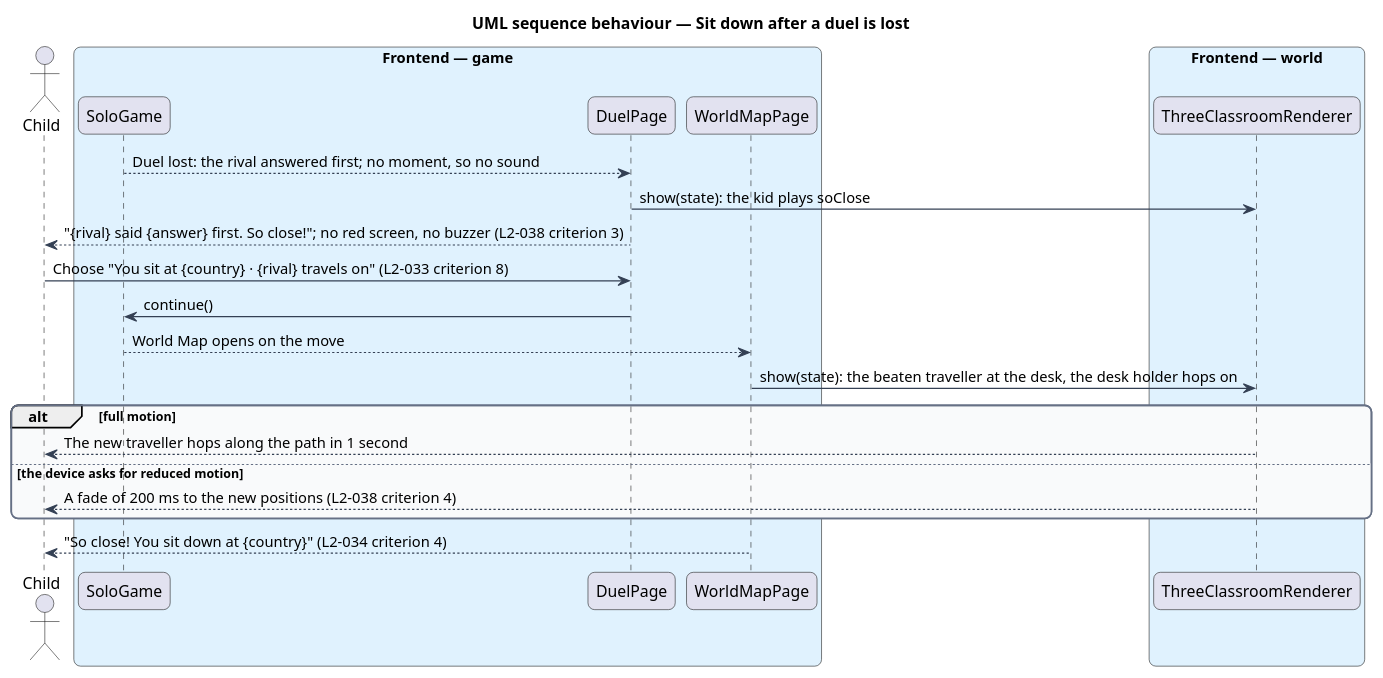
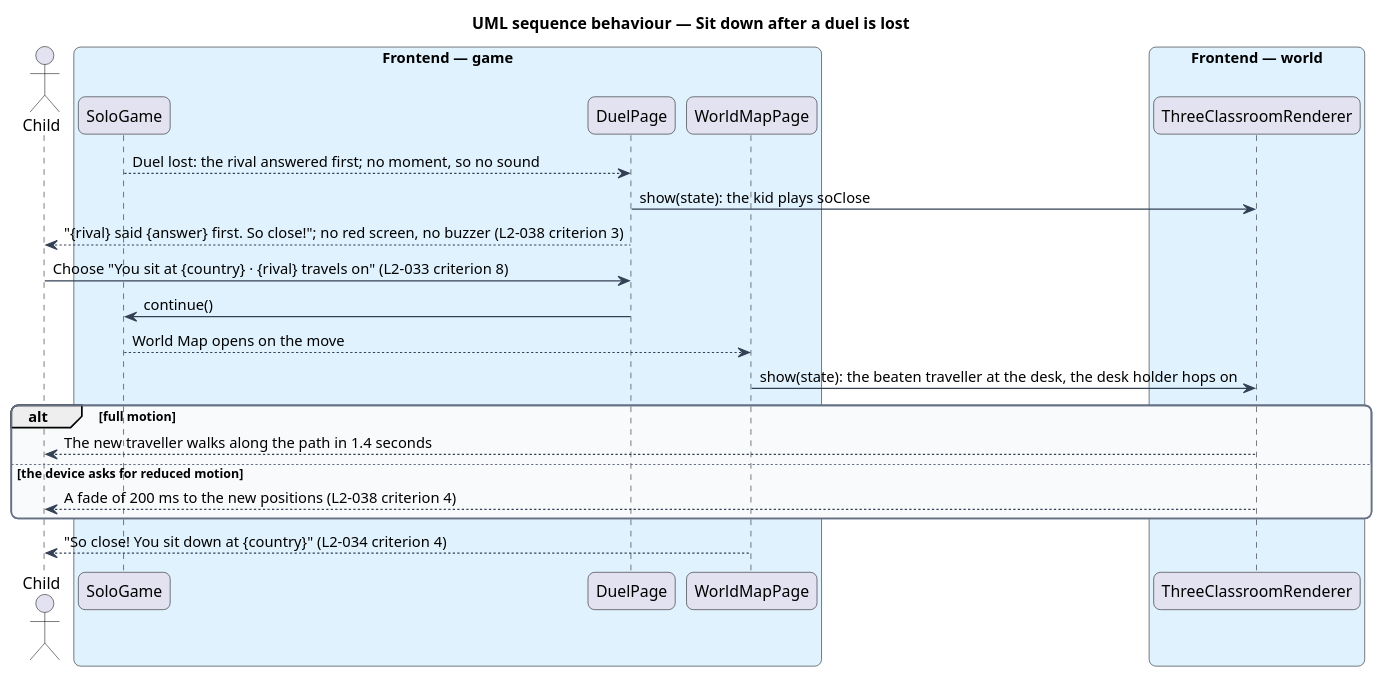
Before and after one commit to QuinntyneBrown/around-the-world: the diagram in docs/detailed-designs/classroom/play-motion-and-sound/diagrams/sequence-sit-down.puml, drawn with PlantUML. The commit also changed 97 other files, not shown here.

```diff
--- a/docs/detailed-designs/classroom/play-motion-and-sound/diagrams/sequence-sit-down.puml
+++ b/docs/detailed-designs/classroom/play-motion-and-sound/diagrams/sequence-sit-down.puml
@@ -1,39 +1,39 @@
 @startuml
 title UML sequence behaviour — Sit down after a duel is lost
 skinparam backgroundColor #FFFFFF
 skinparam shadowing false
 skinparam roundcorner 12
 skinparam defaultFontName Arial
 skinparam ArrowColor #344054
 skinparam rectangle {
   BorderColor #344054
   FontColor #101828
 }
 skinparam package {
   BorderColor #667085
   FontColor #101828
   BackgroundColor #F9FAFB
 }
 actor "Child" as actor
 box "Frontend — game" #E0F2FE
   participant "SoloGame" as session
   participant "DuelPage" as duel
   participant "WorldMapPage" as map
 end box
 box "Frontend — world" #E0F2FE
   participant "ThreeClassroomRenderer" as renderer
 end box
 session --> duel : Duel lost: the rival answered first; no moment, so no sound
 duel -> renderer : show(state): the kid plays soClose
 duel --> actor : "{rival} said {answer} first. So close!"; no red screen, no buzzer (L2-038 criterion 3)
 actor -> duel : Choose "You sit at {country} · {rival} travels on" (L2-033 criterion 8)
 duel -> session : continue()
 session --> map : World Map opens on the move
 map -> renderer : show(state): the beaten traveller at the desk, the desk holder hops on
 alt full motion
-  renderer --> actor : The new traveller hops along the path in 1 second
+  renderer --> actor : The new traveller walks along the path in 1.4 seconds
 else the device asks for reduced motion
   renderer --> actor : A fade of 200 ms to the new positions (L2-038 criterion 4)
 end
 map --> actor : "So close! You sit down at {country}" (L2-034 criterion 4)
 @enduml
```
